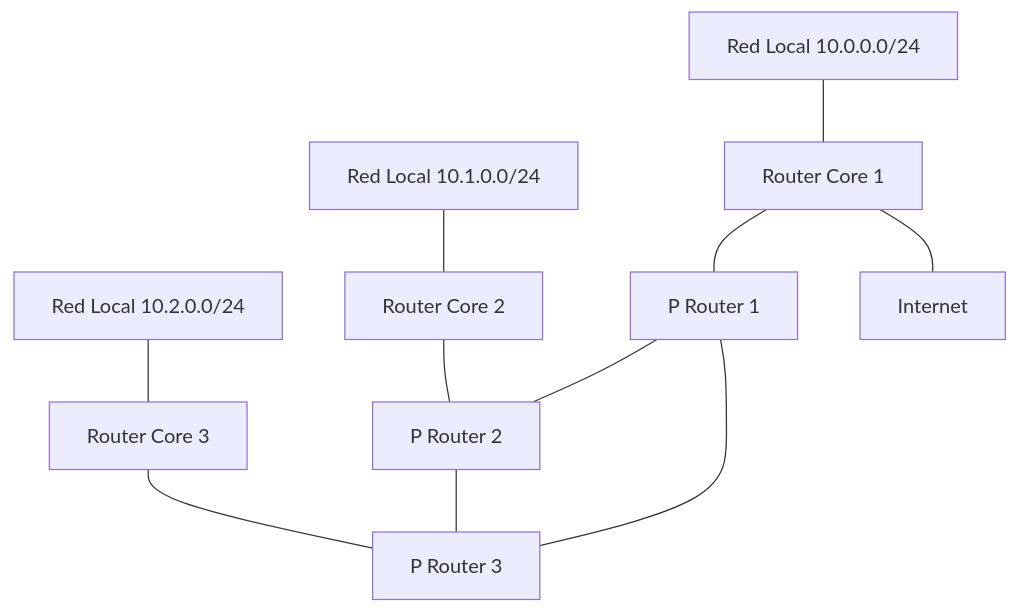
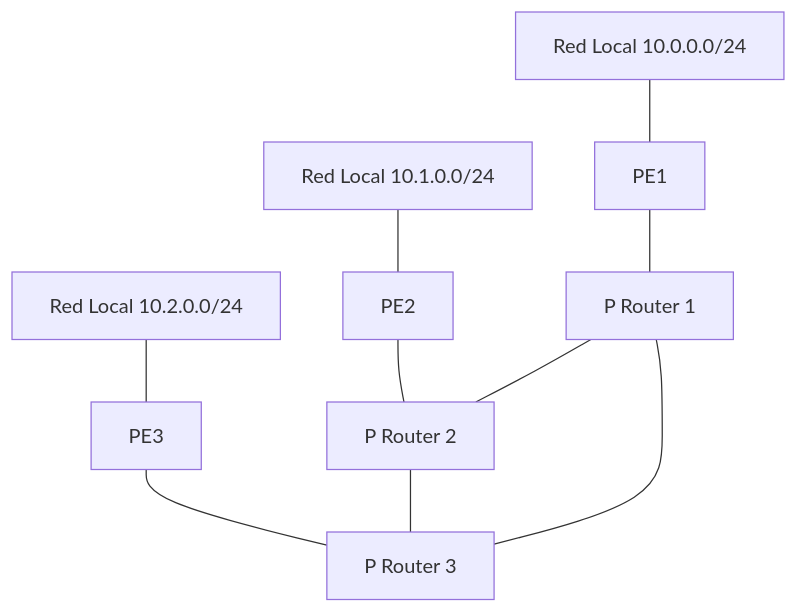
Before and after one commit to asideloko/Networking-Lab: the diagram in docs/labs/lab-10/index.md, drawn with Mermaid. The commit also changed other lines of this file and 13 other files, not shown here.

````diff
--- a/docs/labs/lab-10/index.md
+++ b/docs/labs/lab-10/index.md
@@ -11,22 +22,21 @@
 ```mermaid
 graph TB
-    R1[Router Core 1]
-    R2[Router Core 2]
-    R3[Router Core 3]
+    R1[PE1]
+    R2[PE2]
+    R3[PE3]
     P1[P Router 1]
     P2[P Router 2]
     P3[P Router 3]
     LAN1[Red Local 10.0.0.0/24]
     LAN2[Red Local 10.1.0.0/24]
     LAN3[Red Local 10.2.0.0/24]
     R1 --- P1
     R2 --- P2
     R3 --- P3
     LAN1 --- R1
     LAN2 --- R2
     LAN3 --- R3
     P1 --- P2
     P2 --- P3
     P1 --- P3
-    R1 --- Internet
 ```
````
